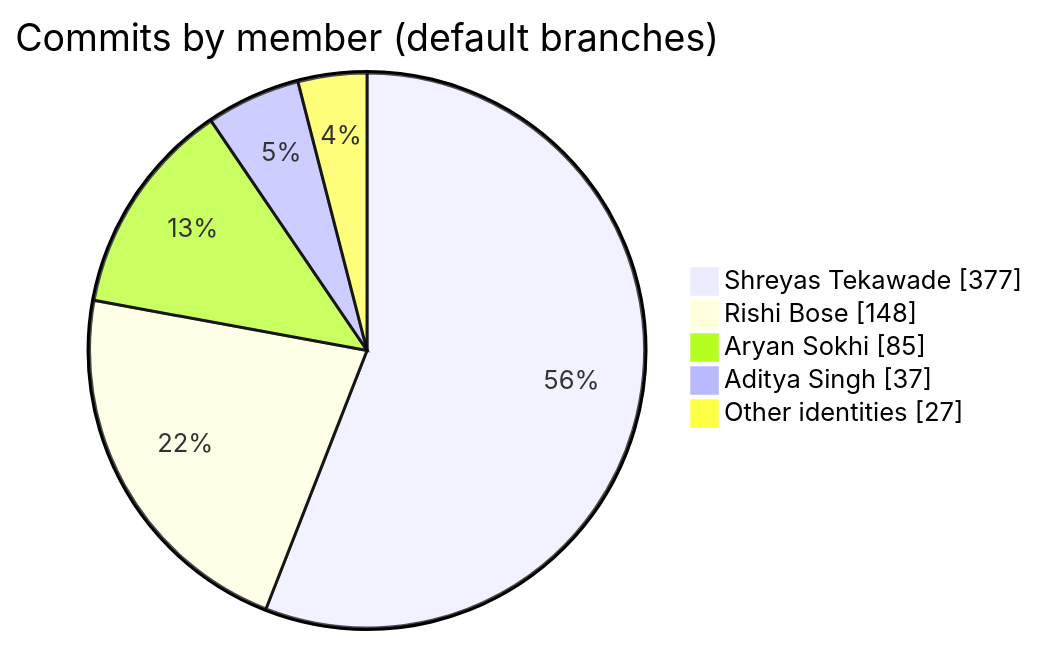
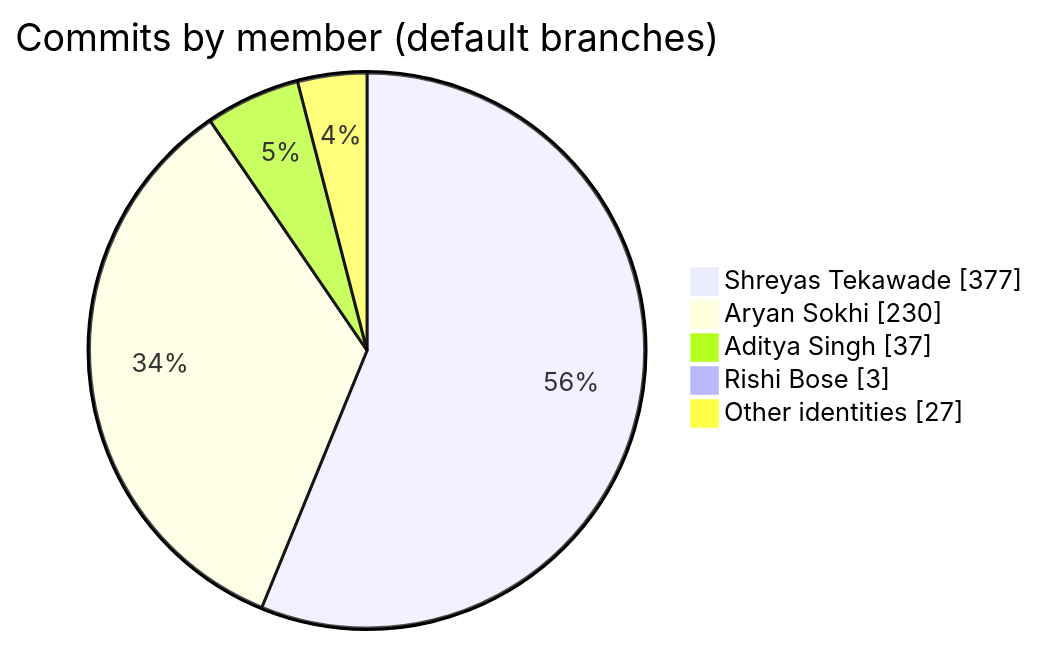
Before and after one commit to Panopticon-Co/.github: the second of 2 diagrams in profile/README.md, drawn with Mermaid. The commit also changed other lines of this file, not shown here.

````diff
--- a/profile/README.md
+++ b/profile/README.md
@@ -147,9 +152,9 @@
 ```mermaid
 pie showData
     title Commits by member (default branches)
     "Shreyas Tekawade" : 377
-    "Rishi Bose" : 148
-    "Aryan Sokhi" : 85
+    "Aryan Sokhi" : 230
     "Aditya Singh" : 37
+    "Rishi Bose" : 3
     "Other identities" : 27
 ```
````
